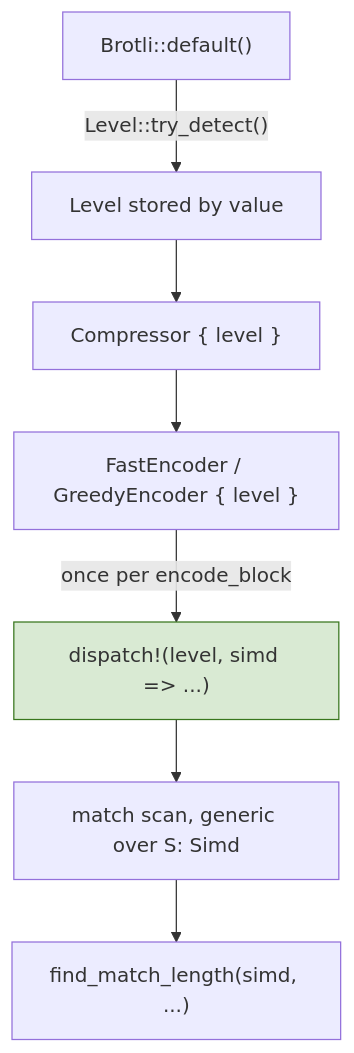
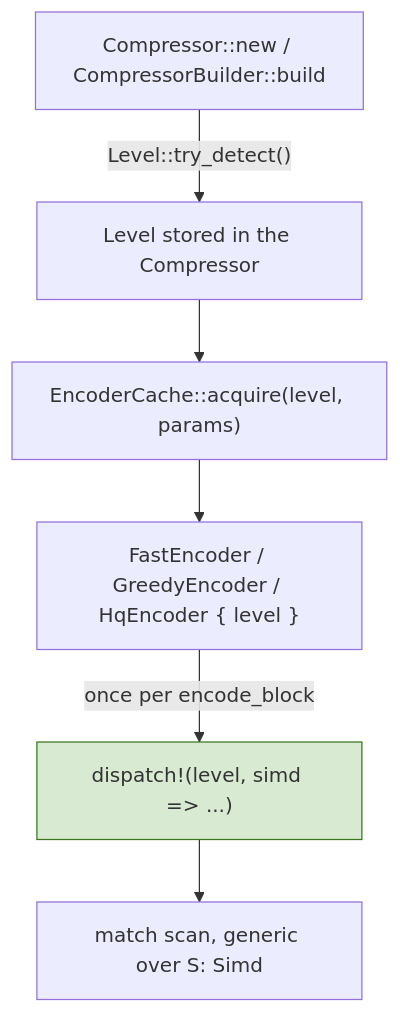
One commit to Mnwa/mbrotli changed diagram 11 of 12 in architecture/compressor.md. Above: the diagram before and after it, drawn with Mermaid. The commit also changed other lines of this file and 104 other files, not shown here.

````diff
--- a/architecture/compressor.md
+++ b/architecture/compressor.md
@@ -424,12 +546,11 @@
 ```mermaid
 graph TD
-    A["Brotli::default()"] -->|"Level::try_detect()"| B["Level stored by value"]
-    B --> C["Compressor { level }"]
-    C --> D["FastEncoder / GreedyEncoder { level }"]
+    A["Compressor::new / CompressorBuilder::build"] -->|"Level::try_detect()"| B["Level stored in the Compressor"]
+    B --> C["EncoderCache::acquire(level, params)"]
+    C --> D["FastEncoder / GreedyEncoder / HqEncoder { level }"]
     D -->|"once per encode_block"| E["dispatch!(level, simd => ...)"]
     E --> F["match scan, generic over S: Simd"]
-    F --> G["find_match_length(simd, ...)"]
 
     classDef once fill:#d9ead3,stroke:#38761d;
     class E once;
 ```
````
